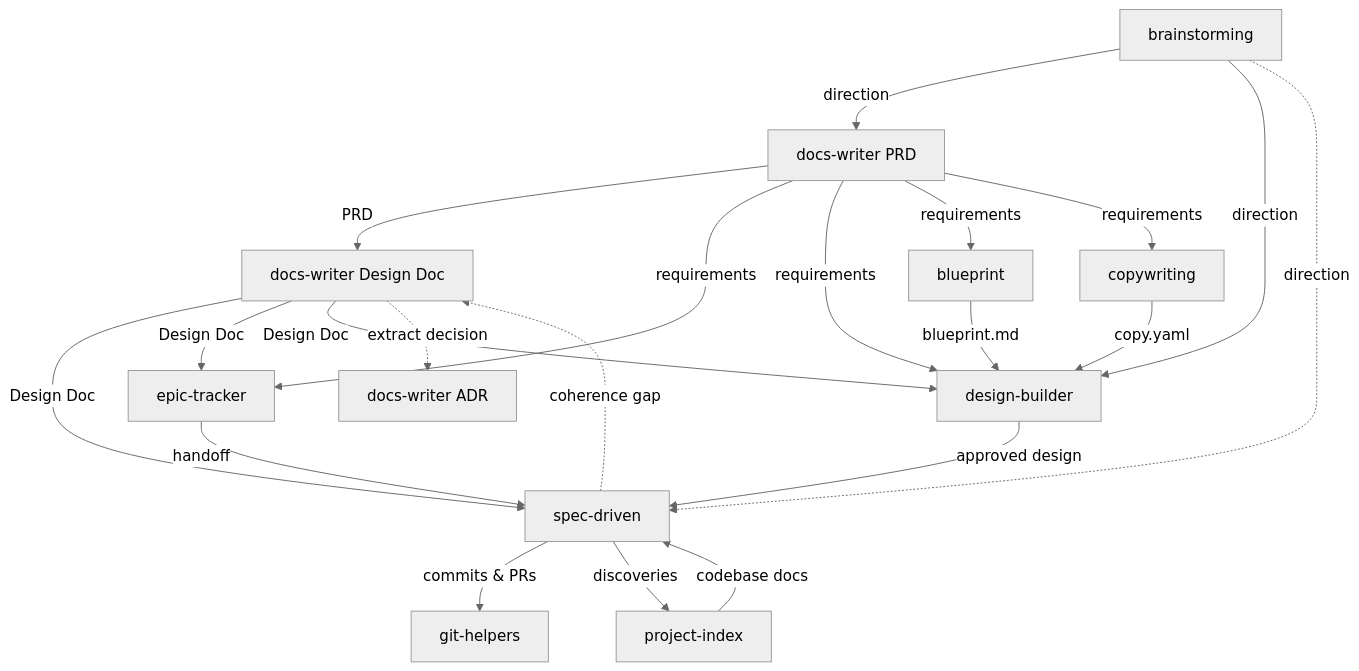
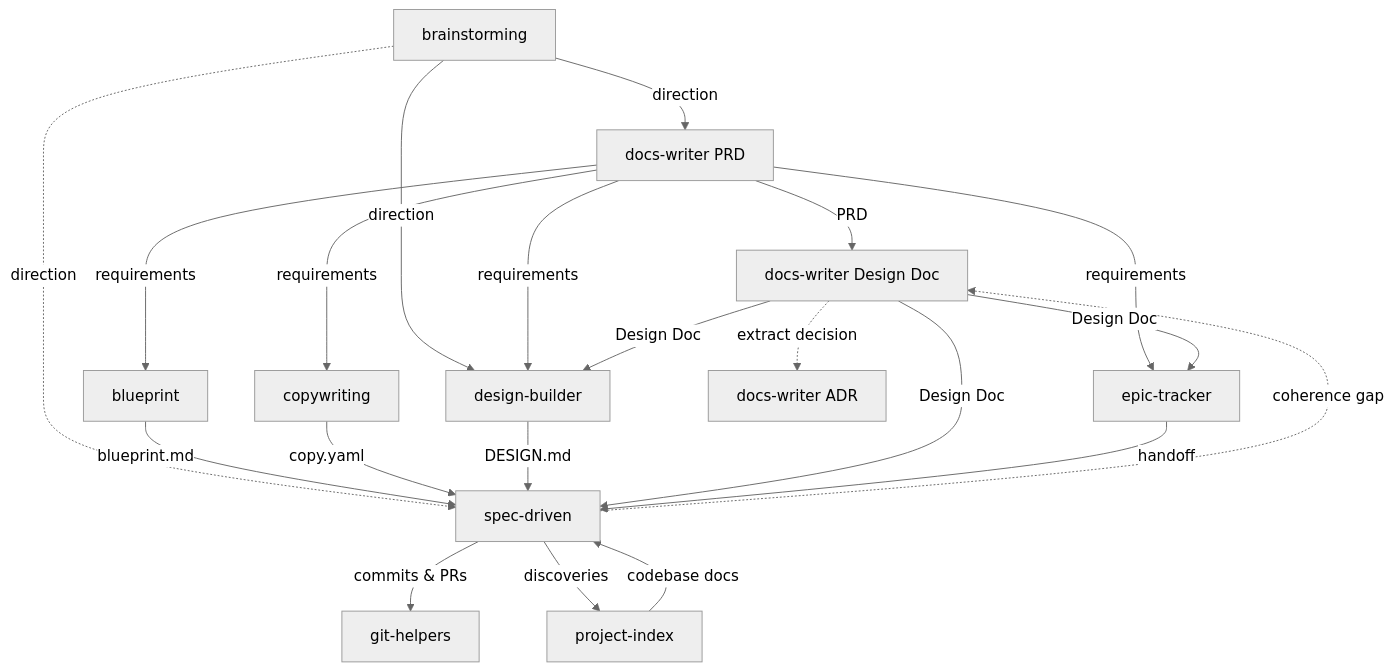
The diagram in README.md (adeonir/agent-skills), drawn with Mermaid (neutral theme) before and after one commit. The commit also changed other lines of this file and 11 other files, not shown here.

````diff
--- a/README.md
+++ b/README.md
@@ -40,23 +40,23 @@
 ```mermaid
 flowchart TD
     BR[brainstorming] -->|direction| DW_PRD[docs-writer PRD]
     BR -->|direction| DB[design-builder]
     BR -.->|direction| SD[spec-driven]
     DW_PRD -->|PRD| DW_DD[docs-writer Design Doc]
     DW_PRD -->|requirements| ET[epic-tracker]
     DW_PRD -->|requirements| DB
     DW_PRD -->|requirements| BP[blueprint]
     DW_PRD -->|requirements| CW[copywriting]
-    BP -->|blueprint.md| DB
-    CW -->|copy.yaml| DB
+    BP -->|blueprint.md| SD
+    CW -->|copy.yaml| SD
+    DB -->|DESIGN.md| SD
     DW_DD -->|Design Doc| SD
     DW_DD -->|Design Doc| ET
     DW_DD -->|Design Doc| DB
     DW_DD -.->|extract decision| DW_ADR[docs-writer ADR]
     ET -->|handoff| SD
     PI[project-index] -->|codebase docs| SD
-    DB -->|approved design| SD
     SD -->|commits & PRs| GH[git-helpers]
     SD -->|discoveries| PI
     SD -.->|coherence gap| DW_DD
 ```
````
